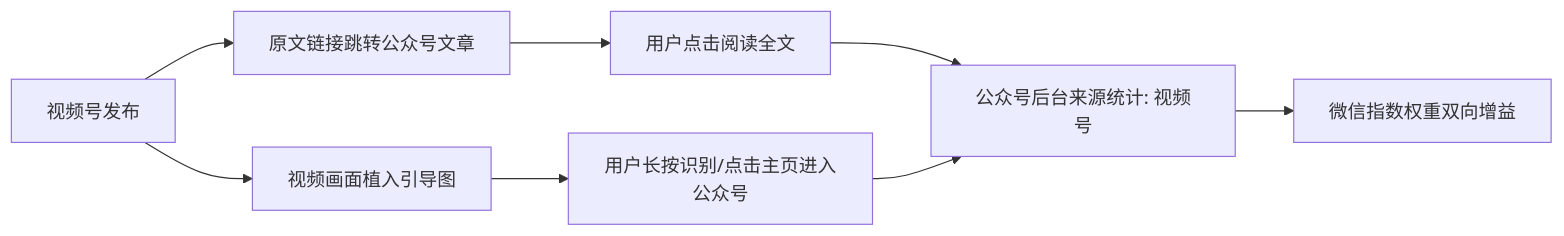
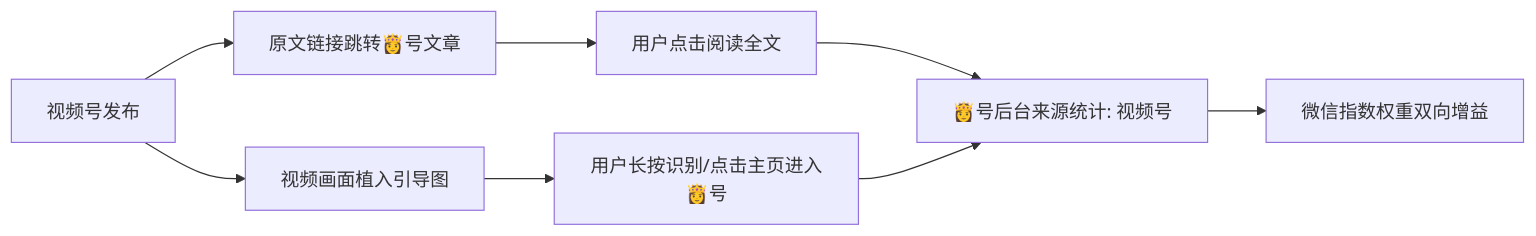
One commit to OpenDocCN1/flygon-zhuanqian-zhoubao changed the first of 4 diagrams in docs/202305_paper2textbook/asset/body_1a495e0a407ab3d5762d8bb6f279c65f_a37e38e372d17c2a9f80c3d9d0e69afe_453259f09a90eab745381fe1ddeb2f8c_d67d8ab4f4c10bf22aa353e27879133c.md. Above: the diagram before and after it, drawn with Mermaid. The commit also changed other lines of this file and 6688 other files, not shown here.

````diff
--- a/docs/202305_paper2textbook/asset/body_1a495e0a407ab3d5762d8bb6f279c65f_a37e38e372d17c2a9f80c3d9d0e69afe_453259f09a90eab745381fe1ddeb2f8c_d67d8ab4f4c10bf22aa353e27879133c.md
+++ b/docs/202305_paper2textbook/asset/body_1a495e0a407ab3d5762d8bb6f279c65f_a37e38e372d17c2a9f80c3d9d0e69afe_453259f09a90eab745381fe1ddeb2f8c_d67d8ab4f4c10bf22aa353e27879133c.md
@@ -84,10 +84,10 @@
 ```mermaid
 graph LR
-    A[视频号发布] --> B[原文链接跳转公众号文章]
+    A[视频号发布] --> B[原文链接跳转👸号文章]
     A --> C[视频画面植入引导图]
     B --> D[用户点击阅读全文]
-    C --> E[用户长按识别/点击主页进入公众号]
-    D --> F[公众号后台来源统计: 视频号]
+    C --> E[用户长按识别/点击主页进入👸号]
+    D --> F[👸号后台来源统计: 视频号]
     E --> F
     F --> G[微信指数权重双向增益]
 ```
````
